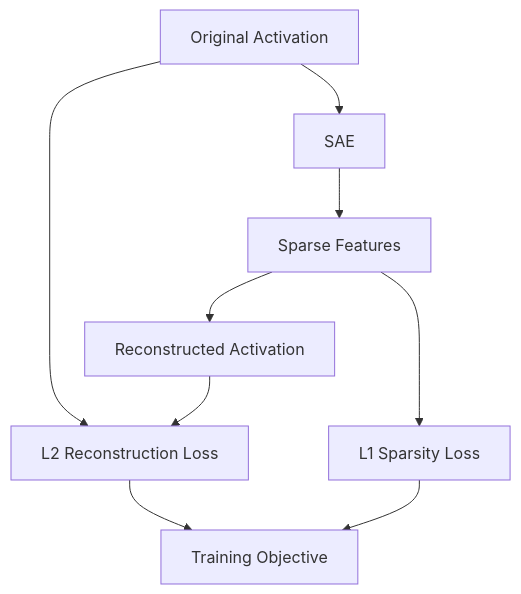
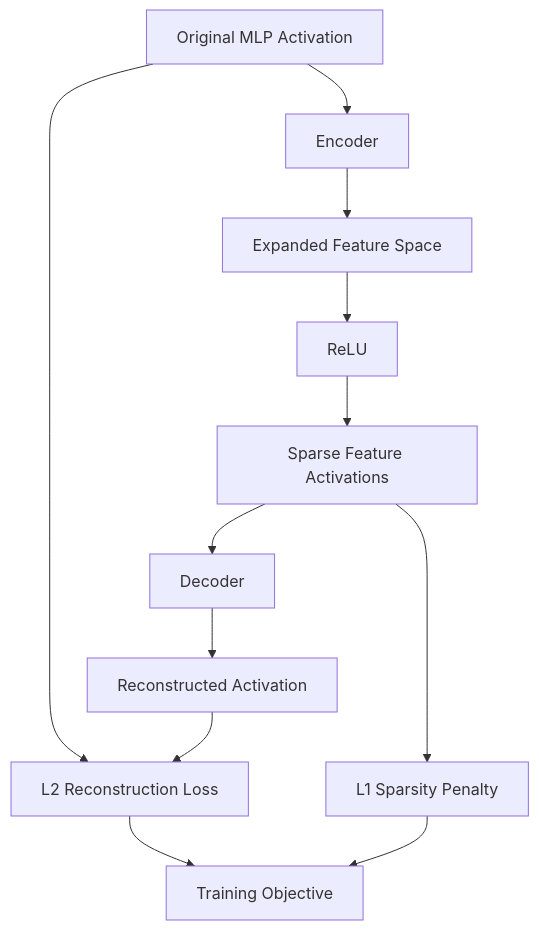
One commit to humairasoudagar/sparse-autoencoder-interpretability changed the fourth of 12 diagrams in papers/anthropic-monosemanticity.md. Above: the diagram before and after it, drawn with Mermaid. The commit also changed other lines of this file, not shown here.

````diff
--- a/papers/anthropic-monosemanticity.md
+++ b/papers/anthropic-monosemanticity.md
@@ -380,14 +402,18 @@
 ```mermaid
 flowchart TD
-    A[Original Activation] --> B[SAE]
-    B --> C[Sparse Features]
-    C --> D[Reconstructed Activation]
+    A[Original MLP Activation] --> B[Encoder]
+    B --> C[Expanded Feature Space]
+    C --> D[ReLU]
+    D --> E[Sparse Feature Activations]
 
-    A --> E[L2 Reconstruction Loss]
-    D --> E
+    E --> F[Decoder]
+    F --> G[Reconstructed Activation]
 
-    C --> F[L1 Sparsity Loss]
+    A --> H[L2 Reconstruction Loss]
+    G --> H
 
-    E --> G[Training Objective]
-    F --> G
+    E --> I[L1 Sparsity Penalty]
+
+    H --> J[Training Objective]
+    I --> J
 ```
````
